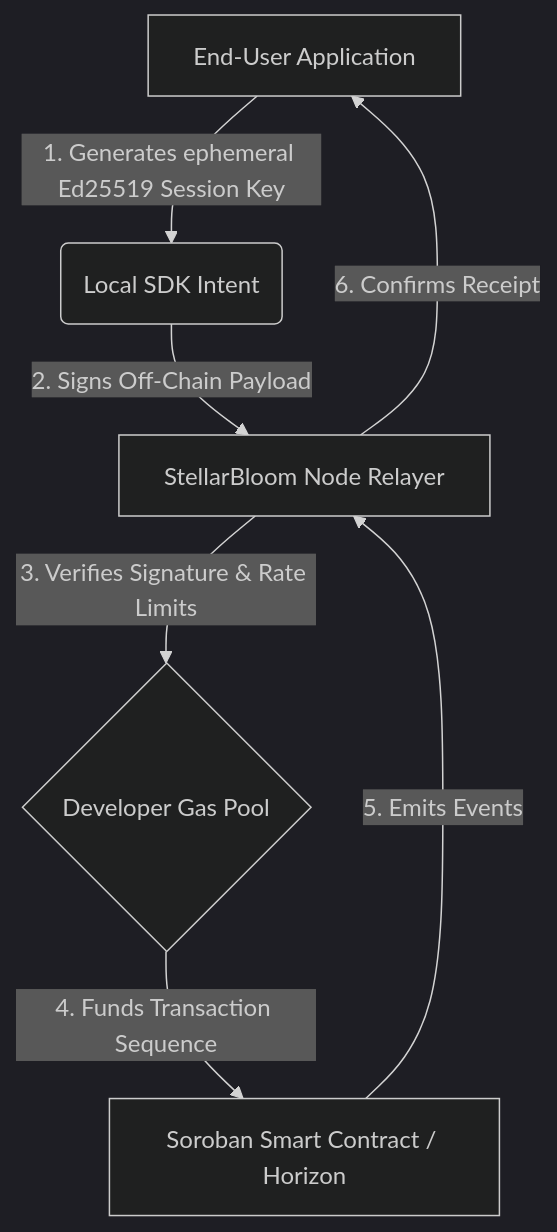
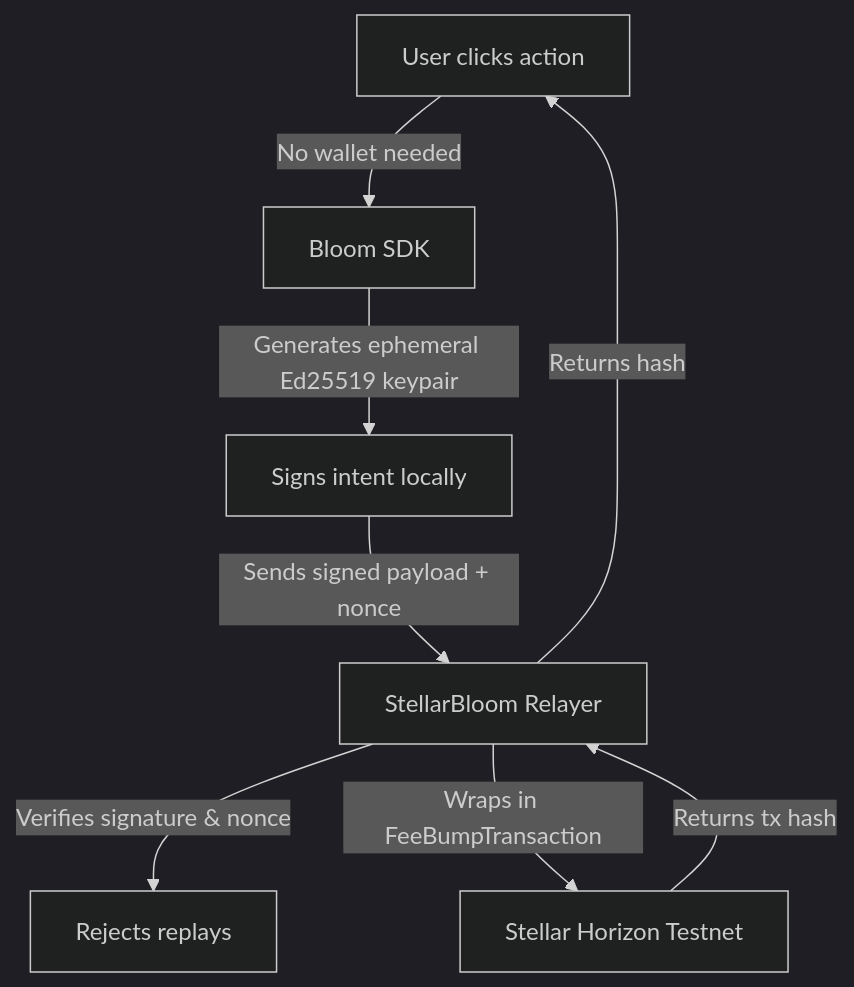
The diagram in README.md (thesumedh/stellar-bloom), drawn with Mermaid (dark theme) before and after one commit. The commit also changed other lines of this file, not shown here.

Commit message:
docs: complete Level 5 Blue Belt README - checklist, user wallets, feedback form, deployed links

````diff
--- a/README.md
+++ b/README.md
@@ -31,9 +75,10 @@
 ```mermaid
 graph TD
-    A[End-User Application] -->|1. Generates ephemeral Ed25519 Session Key| B(Local SDK Intent)
-    B -->|2. Signs Off-Chain Payload| C[StellarBloom Node Relayer]
-    C -->|3. Verifies Signature & Rate Limits| D{Developer Gas Pool}
-    D -->|4. Funds Transaction Sequence| E[Soroban Smart Contract / Horizon]
-    E -->|5. Emits Events| C
-    C -->|6. Confirms Receipt| A
+    A[User clicks action] -->|No wallet needed| B[Bloom SDK]
+    B -->|Generates ephemeral Ed25519 keypair| C[Signs intent locally]
+    C -->|Sends signed payload + nonce| D[StellarBloom Relayer]
+    D -->|Verifies signature & nonce| E[Rejects replays]
+    D -->|Wraps in FeeBumpTransaction| F[Stellar Horizon Testnet]
+    F -->|Returns tx hash| D
+    D -->|Returns hash| A
 ```
````
